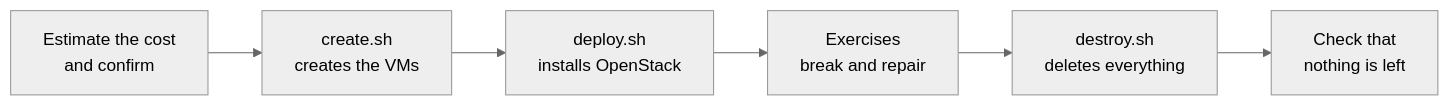
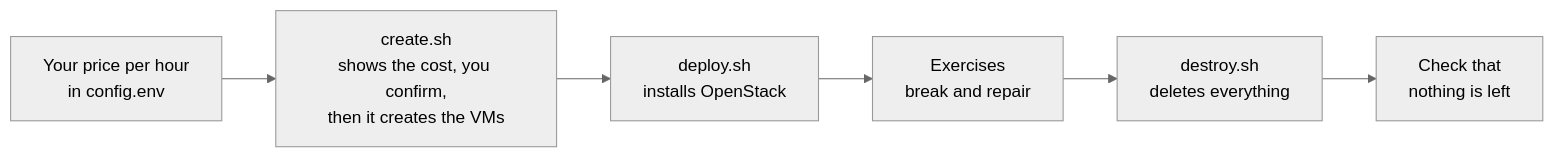
One commit to OzarLand/openstack-quick-lab changed the diagram in README.md. Above: the diagram before and after it, drawn with Mermaid (neutral theme). The commit also changed other lines of this file and 1 other file, not shown here.

First line of the commit message:
Exercises: a diagram of how an exercise works; home page review follow-ups

````diff
--- a/README.md
+++ b/README.md
@@ -33,8 +33,8 @@
 ```mermaid
 flowchart LR
-    cost["Estimate the cost<br/>and confirm"] --> create["create.sh<br/>creates the VMs"]
+    cost["Your price per hour<br/>in config.env"] --> create["create.sh<br/>shows the cost, you confirm,<br/>then it creates the VMs"]
     create --> deploy["deploy.sh<br/>installs OpenStack"]
     deploy --> ex["Exercises<br/>break and repair"]
     ex --> destroy["destroy.sh<br/>deletes everything"]
     destroy --> check["Check that<br/>nothing is left"]
 ```
````
